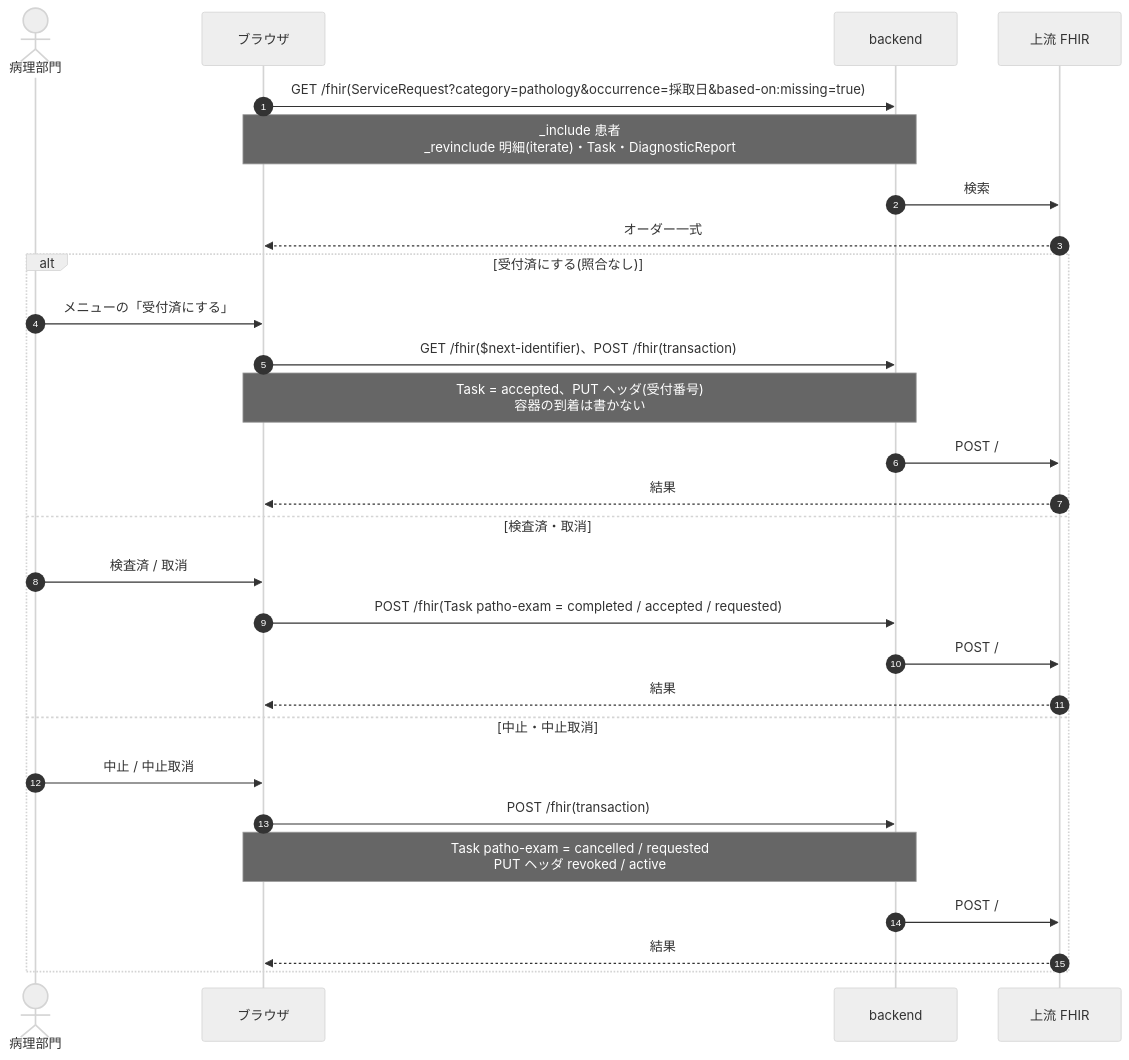
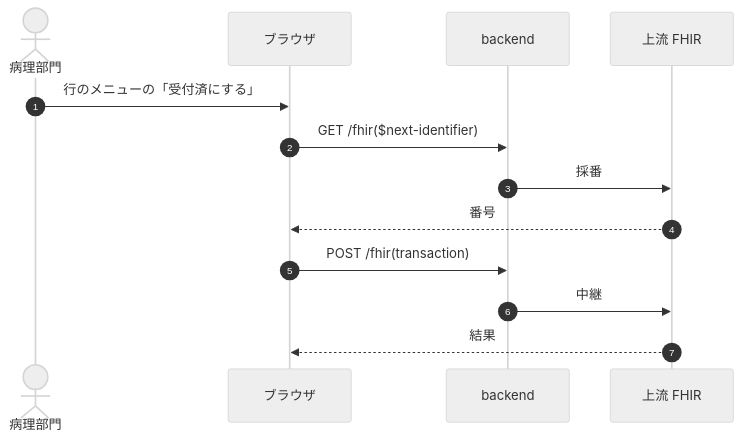
One commit to ysnr-dev/fhir-client-docs changed the eighth of 12 diagrams in docs/dev/patho.md. Above: the diagram before and after it, drawn with Mermaid (neutral theme). The commit also changed other lines of this file and 43 other files, not shown here.

Commit message:
docs: 業務フローとシーケンス図を写し直し

````diff
--- a/docs/dev/patho.md
+++ b/docs/dev/patho.md
@@ -171,31 +378,16 @@
 ```mermaid
 sequenceDiagram
   autonumber
   actor Tech as 病理部門
   participant UI as ブラウザ
   participant BE as backend
   participant FHIR as 上流 FHIR
 
-  UI->>BE: GET /fhir(ServiceRequest?category=pathology&occurrence=採取日&based-on:missing=true)
-  Note over UI,BE: _include 患者<br/>_revinclude 明細(iterate)・Task・DiagnosticReport
-  BE->>FHIR: 検索
-  FHIR-->>UI: オーダー一式
-  alt 受付済にする(照合なし)
-    Tech->>UI: メニューの「受付済にする」
-    UI->>BE: GET /fhir($next-identifier)、POST /fhir(transaction)
-    Note over UI,BE: Task = accepted、PUT ヘッダ(受付番号)<br/>容器の到着は書かない
-    BE->>FHIR: POST /
-    FHIR-->>UI: 結果
-  else 検査済・取消
-    Tech->>UI: 検査済 / 取消
-    UI->>BE: POST /fhir(Task patho-exam = completed / accepted / requested)
-    BE->>FHIR: POST /
-    FHIR-->>UI: 結果
-  else 中止・中止取消
-    Tech->>UI: 中止 / 中止取消
-    UI->>BE: POST /fhir(transaction)
-    Note over UI,BE: Task patho-exam = cancelled / requested<br/>PUT ヘッダ revoked / active
-    BE->>FHIR: POST /
-    FHIR-->>UI: 結果
-  end
+  Tech->>UI: 行のメニューの「受付済にする」
+  UI->>BE: GET /fhir($next-identifier)
+  BE->>FHIR: 採番
+  FHIR-->>UI: 番号
+  UI->>BE: POST /fhir(transaction)
+  BE->>FHIR: 中継
+  FHIR-->>UI: 結果
 ```
````
